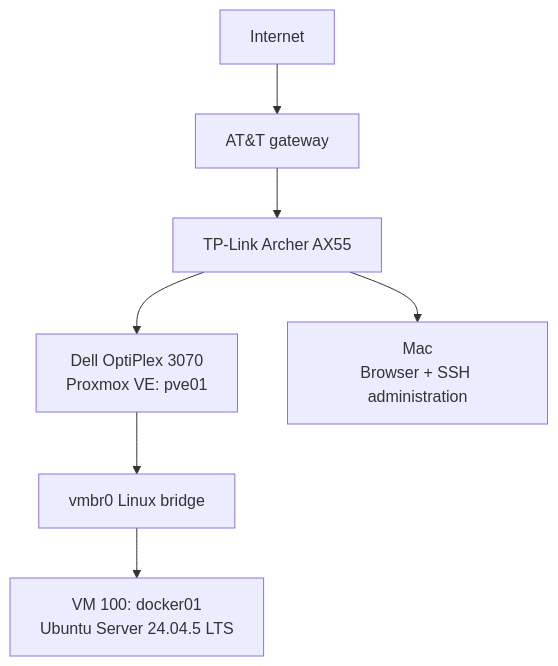
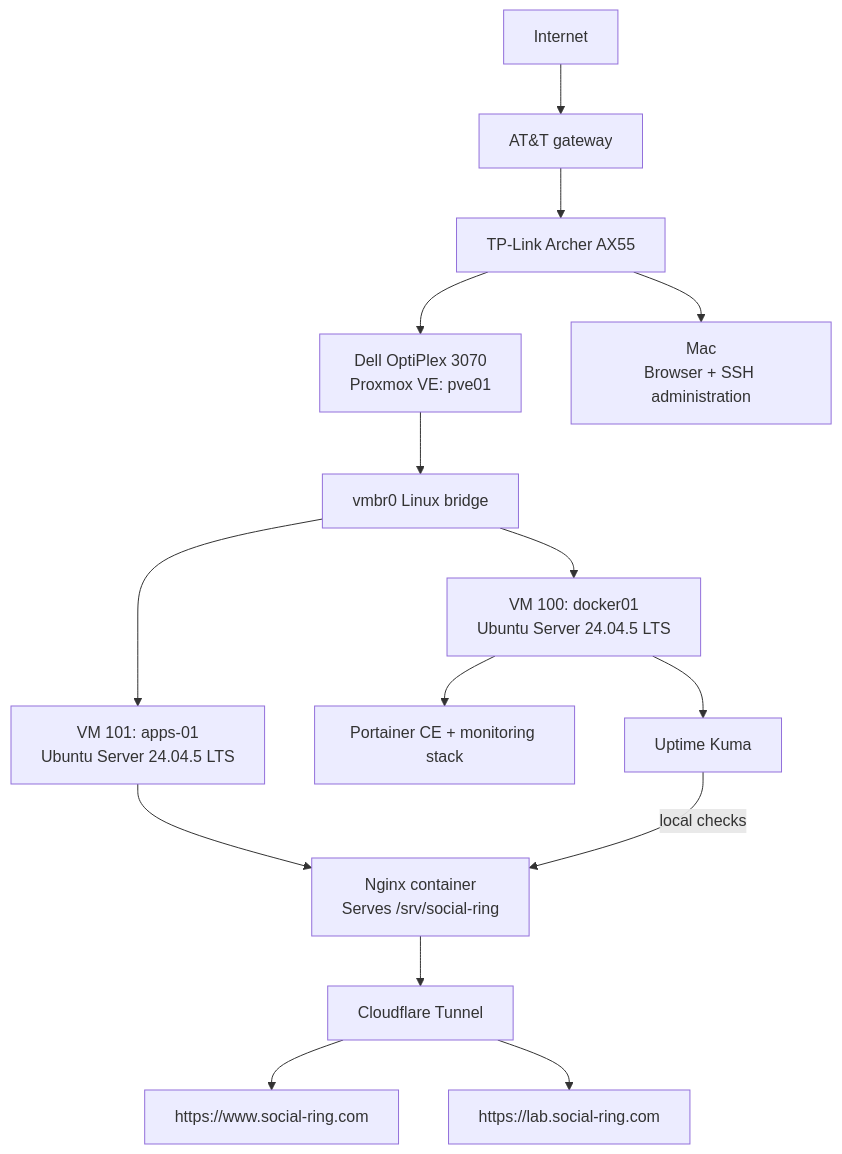
The first of 2 diagrams in docs/architecture.md (HoseaCodes/HomeLab), drawn with Mermaid before and after one commit. The commit also changed other lines of this file and 7 other files, not shown here.

First line of the commit message:
Update documentation for Social Ring deployment and architecture

````diff
--- a/docs/architecture.md
+++ b/docs/architecture.md
@@ -10,9 +10,17 @@
 ```mermaid
 flowchart TD
     I[Internet] --> A[AT&T gateway]
     A --> R[TP-Link Archer AX55]
     R --> P[Dell OptiPlex 3070\nProxmox VE: pve01]
     R --> M[Mac\nBrowser + SSH administration]
     P --> B[vmbr0 Linux bridge]
-    B --> V[VM 100: docker01\nUbuntu Server 24.04.5 LTS]
+    B --> V1[VM 100: docker01\nUbuntu Server 24.04.5 LTS]
+    B --> V2[VM 101: apps-01\nUbuntu Server 24.04.5 LTS]
+    V2 --> Nginx["Nginx container\nServes /srv/social-ring"]
+    Nginx --> CF[Cloudflare Tunnel]
+    CF --> WWW[https://www.social-ring.com]
+    CF --> LAB[https://lab.social-ring.com]
+    V1 --> Portainer[Portainer CE + monitoring stack]
+    V1 --> Kuma[Uptime Kuma]
+    Kuma -->|local checks| Nginx
 ```
````
